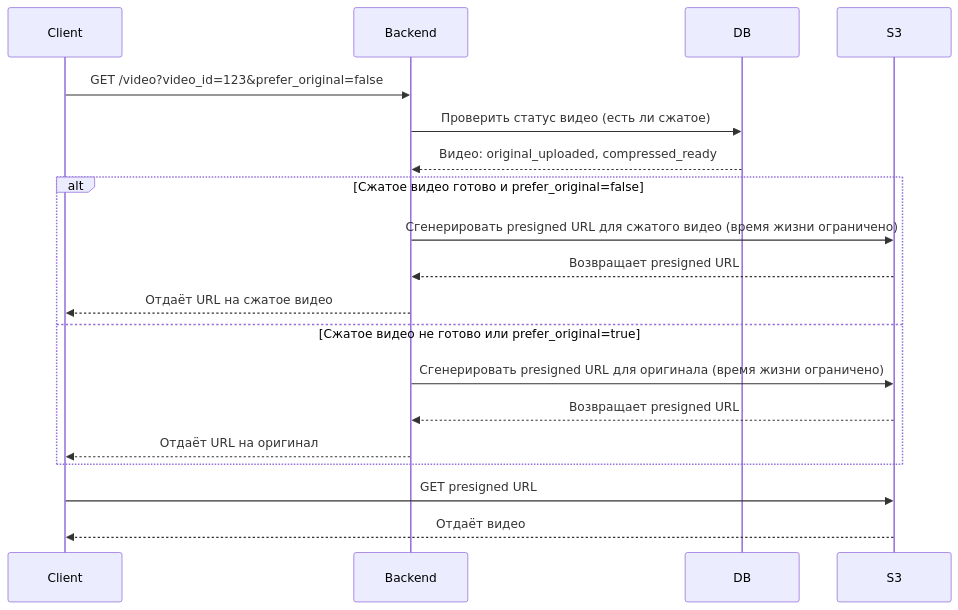
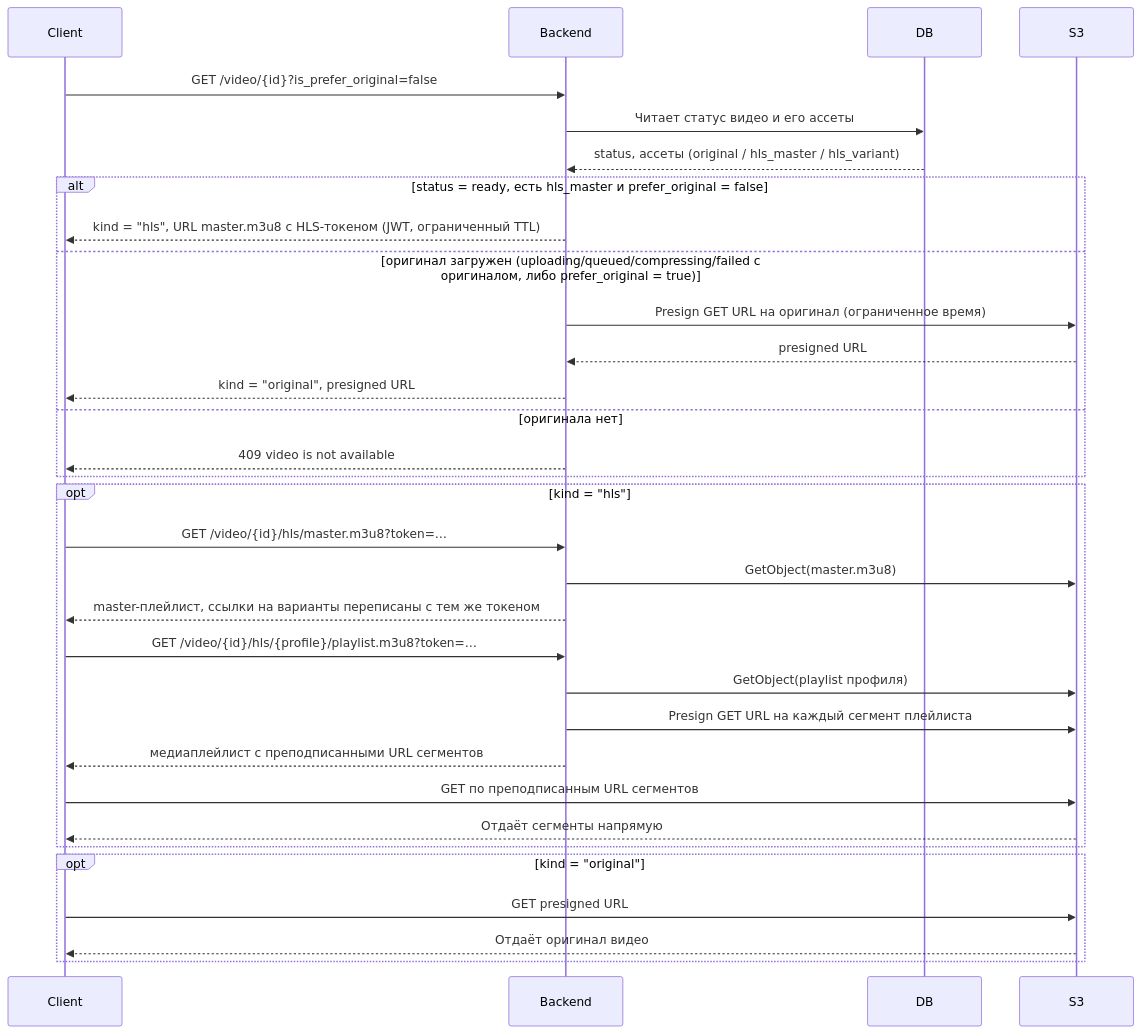
One commit to execaus/vilib-api changed the second of 2 diagrams in README.md. Above: the diagram before and after it, drawn with Mermaid. The commit also changed other lines of this file, not shown here.

Commit message:
Обновляет диаграммы конвейера видео в README под фактическую реализацию

````diff
--- a/README.md
+++ b/README.md
@@ -77,27 +108,40 @@
 ```mermaid
 sequenceDiagram
     participant Client
     participant Backend
     participant Postgres as DB
     participant S3
 
-    %% Клиент запрашивает ссылку на видео
-    Client->>Backend: GET /video?video_id=123&prefer_original=false
-    Backend->>Postgres: Проверить статус видео (есть ли сжатое)
-    Postgres-->>Backend: Видео: original_uploaded, compressed_ready
+    Client->>Backend: GET /video/{id}?is_prefer_original=false
+    Backend->>Postgres: Читает статус видео и его ассеты
+    Postgres-->>Backend: status, ассеты (original / hls_master / hls_variant)
 
-    %% Backend решает, какой URL отдавать
-    alt Сжатое видео готово и prefer_original=false
-        Backend->>S3: Сгенерировать presigned URL для сжатого видео (время жизни ограничено)
-        S3-->>Backend: Возвращает presigned URL
-        Backend-->>Client: Отдаёт URL на сжатое видео
-    else Сжатое видео не готово или prefer_original=true
-        Backend->>S3: Сгенерировать presigned URL для оригинала (время жизни ограничено)
-        S3-->>Backend: Возвращает presigned URL
-        Backend-->>Client: Отдаёт URL на оригинал
+    alt status = ready, есть hls_master и prefer_original = false
+        Backend-->>Client: kind = "hls", URL master.m3u8 с HLS-токеном (JWT, ограниченный TTL)
+    else оригинал загружен (uploading/queued/compressing/failed с оригиналом, либо prefer_original = true)
+        Backend->>S3: Presign GET URL на оригинал (ограниченное время)
+        S3-->>Backend: presigned URL
+        Backend-->>Client: kind = "original", presigned URL
+    else оригинала нет
+        Backend-->>Client: 409 video is not available
     end
 
-    %% Клиент напрямую загружает видео с S3
-    Client->>S3: GET presigned URL
-    S3-->>Client: Отдаёт видео
+    opt kind = "hls"
+        Client->>Backend: GET /video/{id}/hls/master.m3u8?token=…
+        Backend->>S3: GetObject(master.m3u8)
+        Backend-->>Client: master-плейлист, ссылки на варианты переписаны с тем же токеном
+
+        Client->>Backend: GET /video/{id}/hls/{profile}/playlist.m3u8?token=…
+        Backend->>S3: GetObject(playlist профиля)
+        Backend->>S3: Presign GET URL на каждый сегмент плейлиста
+        Backend-->>Client: медиаплейлист с преподписанными URL сегментов
+
+        Client->>S3: GET по преподписанным URL сегментов
+        S3-->>Client: Отдаёт сегменты напрямую
+    end
+
+    opt kind = "original"
+        Client->>S3: GET presigned URL
+        S3-->>Client: Отдаёт оригинал видео
+    end
 ```
````
